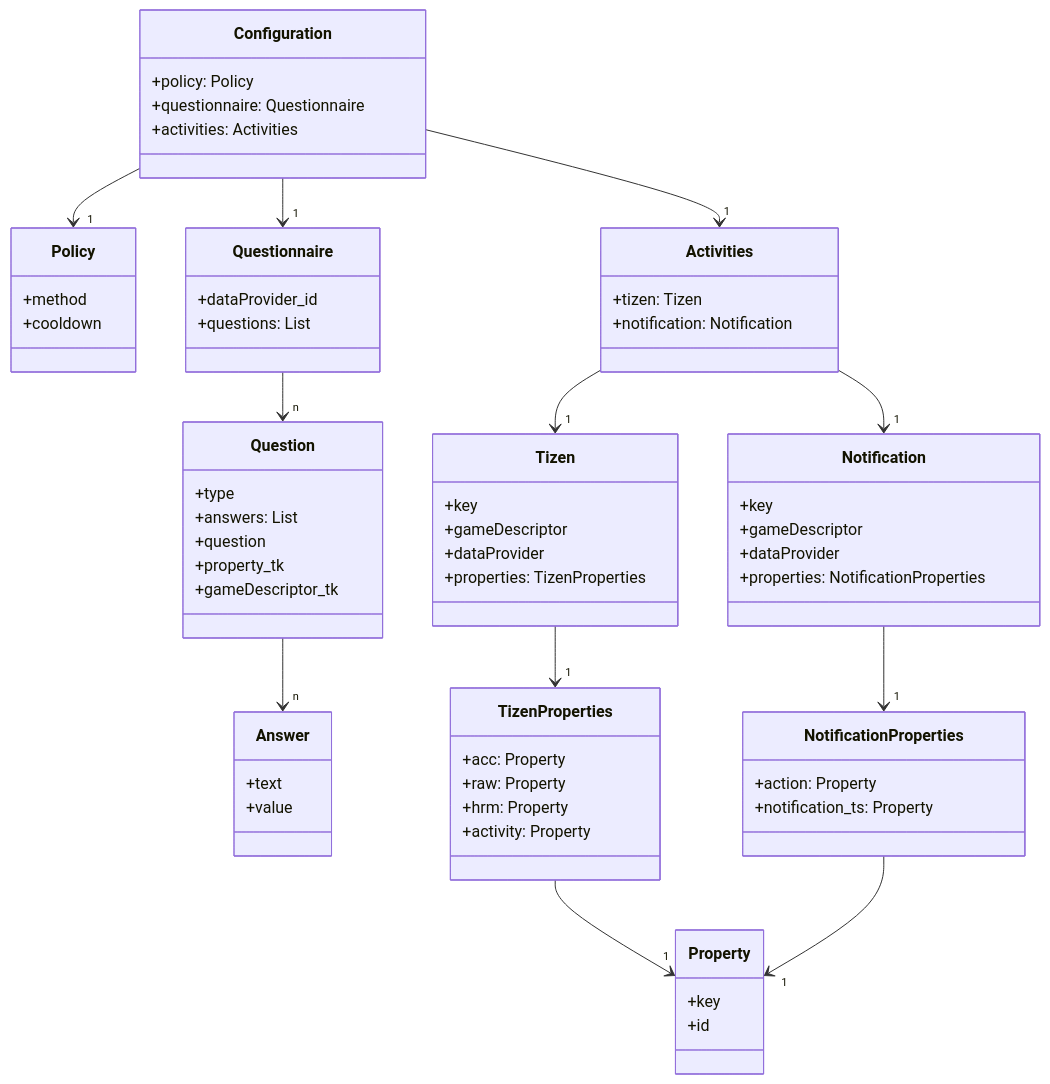
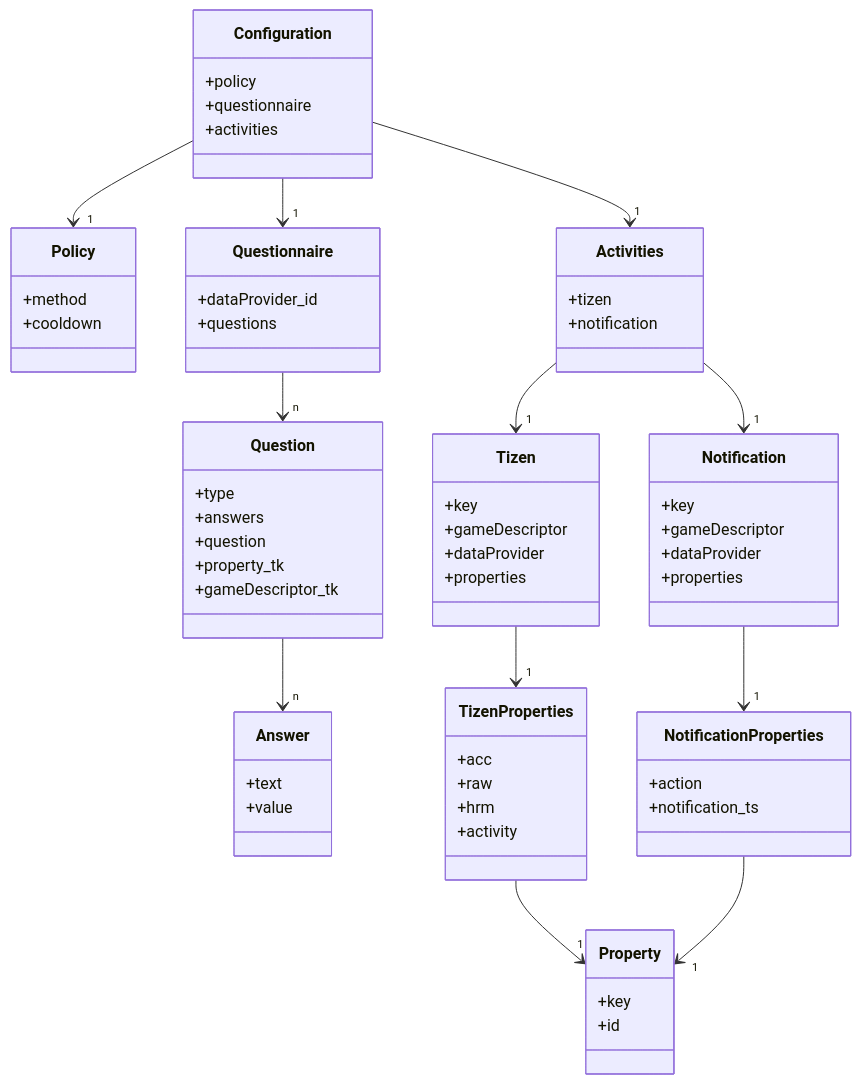
The second of 2 diagrams in DEVDOCS.md (khnshn/Experiencer), drawn with Mermaid before and after one commit. The commit also changed other lines of this file, not shown here.

````diff
--- a/DEVDOCS.md
+++ b/DEVDOCS.md
@@ -137,79 +137,79 @@
 ```mermaid
 classDiagram
   class Configuration {
-    +policy: Policy
-    +questionnaire: Questionnaire
-    +activities: Activities
+    +policy
+    +questionnaire
+    +activities
   }
 
   class Policy {
     +method
     +cooldown
   }
 
   class Questionnaire {
     +dataProvider_id
-    +questions: List<Question>
+    +questions
   }
 
   class Question {
     +type
-    +answers: List<Answer>
+    +answers
     +question
     +property_tk
     +gameDescriptor_tk
   }
 
   class Answer {
     +text
     +value
   }
 
   class Activities {
-    +tizen: Tizen
-    +notification: Notification
+    +tizen
+    +notification
   }
 
   class Tizen {
     +key
     +gameDescriptor
     +dataProvider
-    +properties: TizenProperties
+    +properties
   }
 
   class Notification {
     +key
     +gameDescriptor
     +dataProvider
-    +properties: NotificationProperties
+    +properties
   }
 
   class TizenProperties {
-    +acc: Property
-    +raw: Property
-    +hrm: Property
-    +activity: Property
+    +acc
+    +raw
+    +hrm
+    +activity
   }
 
   class NotificationProperties {
-    +action: Property
-    +notification_ts: Property
+    +action
+    +notification_ts
   }
 
   class Property {
     +key
     +id
   }
 
   Configuration --> "1" Policy
   Configuration --> "1" Questionnaire
   Configuration --> "1" Activities
   Questionnaire --> "n" Question
   Question --> "n" Answer
   Activities --> "1" Tizen
   Activities --> "1" Notification
   Tizen --> "1" TizenProperties
   Notification --> "1" NotificationProperties
   TizenProperties --> "1" Property
   NotificationProperties --> "1" Property
 ```
````
